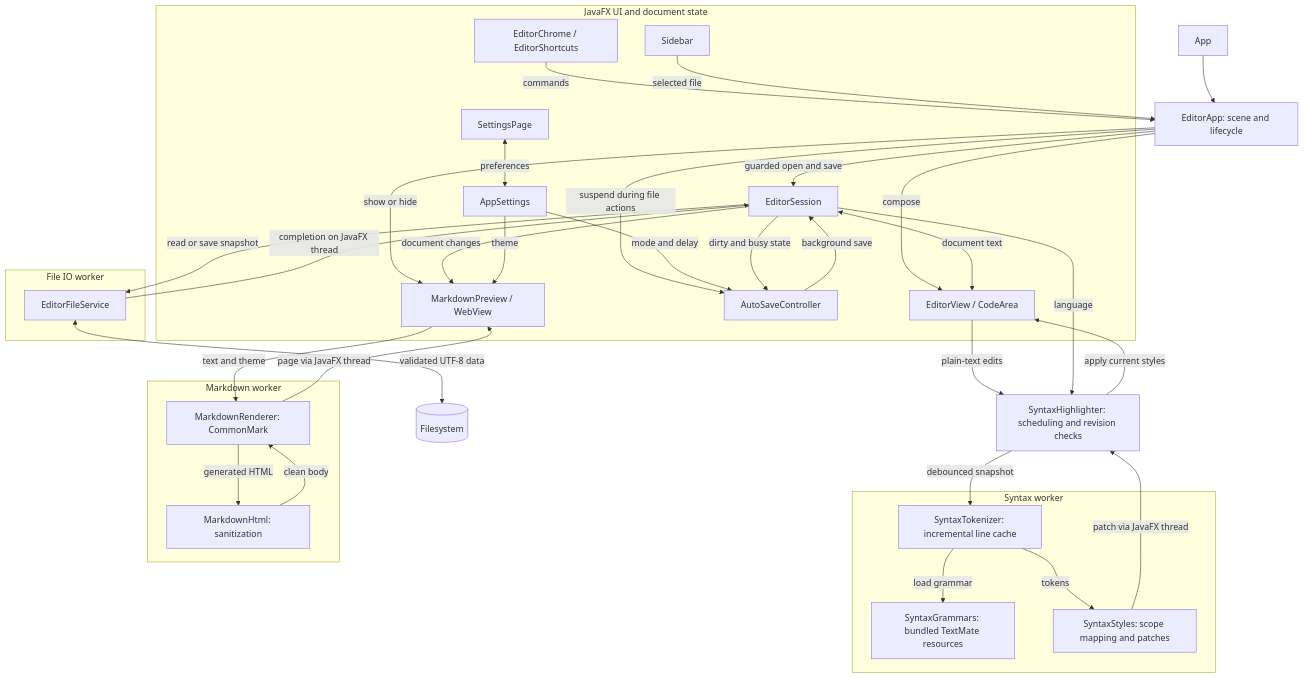
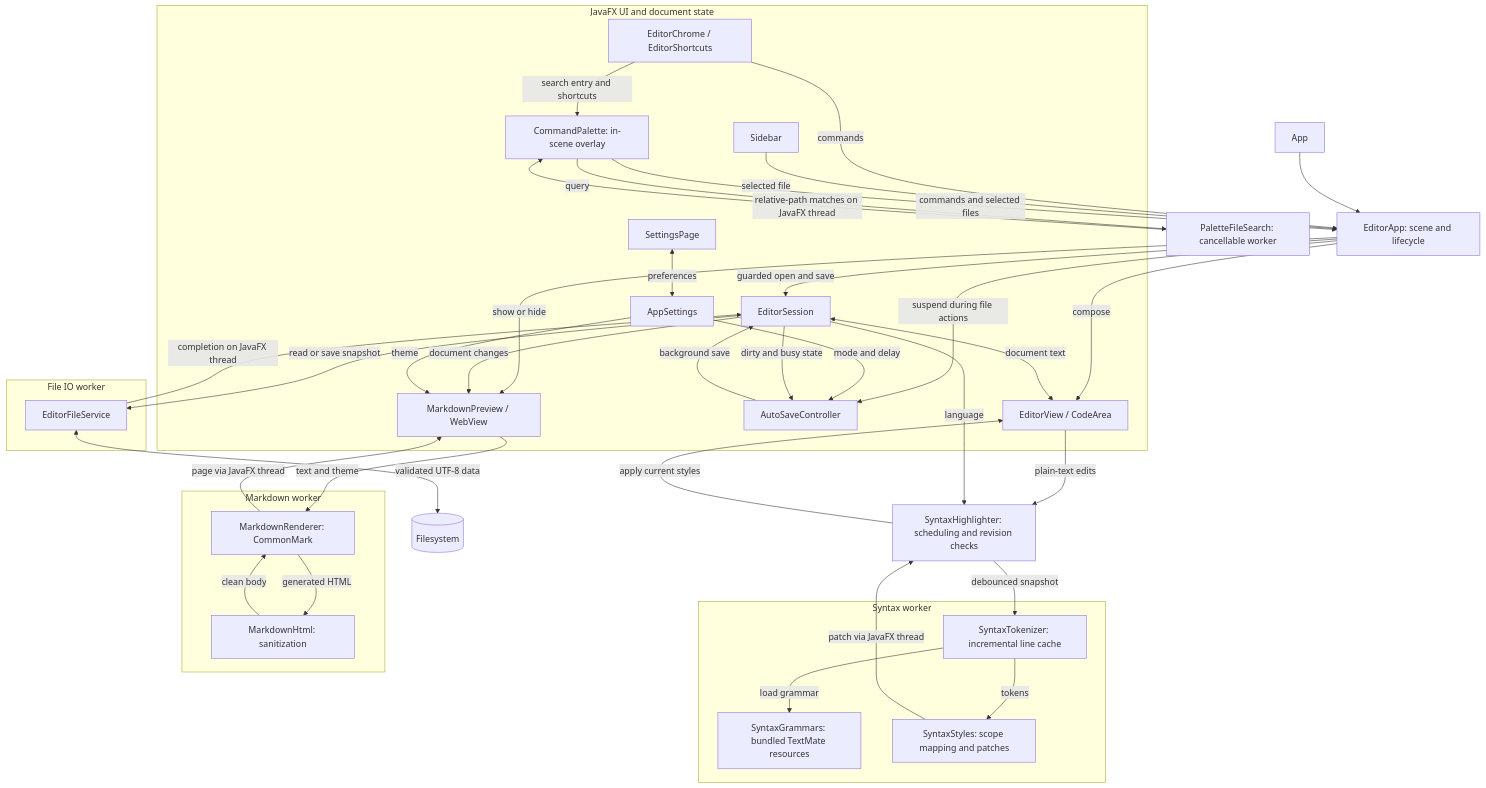
Before and after one commit to Somgester/Sylph: the diagram in docs/architecture.md, drawn with Mermaid. The commit also changed other lines of this file and 12 other files, not shown here.

Commit message:
feat(sylph): add command palette with shortcut keys

````diff
--- a/docs/architecture.md
+++ b/docs/architecture.md
@@ -9,58 +9,63 @@
 ```mermaid
 flowchart TB
     entry["App"] --> app["EditorApp: scene and lifecycle"]
 
     subgraph ui["JavaFX UI and document state"]
         commands["EditorChrome / EditorShortcuts"]
+        palette["CommandPalette: in-scene overlay"]
         sidebar["Sidebar"]
         session["EditorSession"]
         view["EditorView / CodeArea"]
         settings["AppSettings"]
         page["SettingsPage"]
         autosave["AutoSaveController"]
         preview["MarkdownPreview / WebView"]
     end
 
     commands -->|commands| app
     sidebar -->|selected file| app
+    commands -->|search entry and shortcuts| palette
+    palette -->|commands and selected files| app
+    palette -->|query| search["PaletteFileSearch: cancellable worker"]
+    search -->|relative-path matches on JavaFX thread| palette
     app -->|guarded open and save| session
     app -->|compose| view
     app -->|show or hide| preview
     app -->|suspend during file actions| autosave
     session <-->|document text| view
     page <-->|preferences| settings
     settings -->|mode and delay| autosave
     session -->|dirty and busy state| autosave
     autosave -->|background save| session
     session -->|document changes| preview
     settings -->|theme| preview
 
     subgraph io["File IO worker"]
         files["EditorFileService"]
     end
     session -->|read or save snapshot| files
     files <-->|validated UTF-8 data| disk[("Filesystem")]
     files -->|completion on JavaFX thread| session
 
     subgraph syntax["Syntax worker"]
         tokenizer["SyntaxTokenizer: incremental line cache"]
         grammars["SyntaxGrammars: bundled TextMate resources"]
         styles["SyntaxStyles: scope mapping and patches"]
         tokenizer -->|load grammar| grammars
         tokenizer -->|tokens| styles
     end
     view -->|plain-text edits| highlighter["SyntaxHighlighter: scheduling and revision checks"]
     session -->|language| highlighter
     highlighter -->|debounced snapshot| tokenizer
     styles -->|patch via JavaFX thread| highlighter
     highlighter -->|apply current styles| view
 
     subgraph markdown["Markdown worker"]
         renderer["MarkdownRenderer: CommonMark"]
         sanitizer["MarkdownHtml: sanitization"]
         renderer -->|generated HTML| sanitizer
         sanitizer -->|clean body| renderer
     end
     preview -->|text and theme| renderer
     renderer -->|page via JavaFX thread| preview
 ```
````
